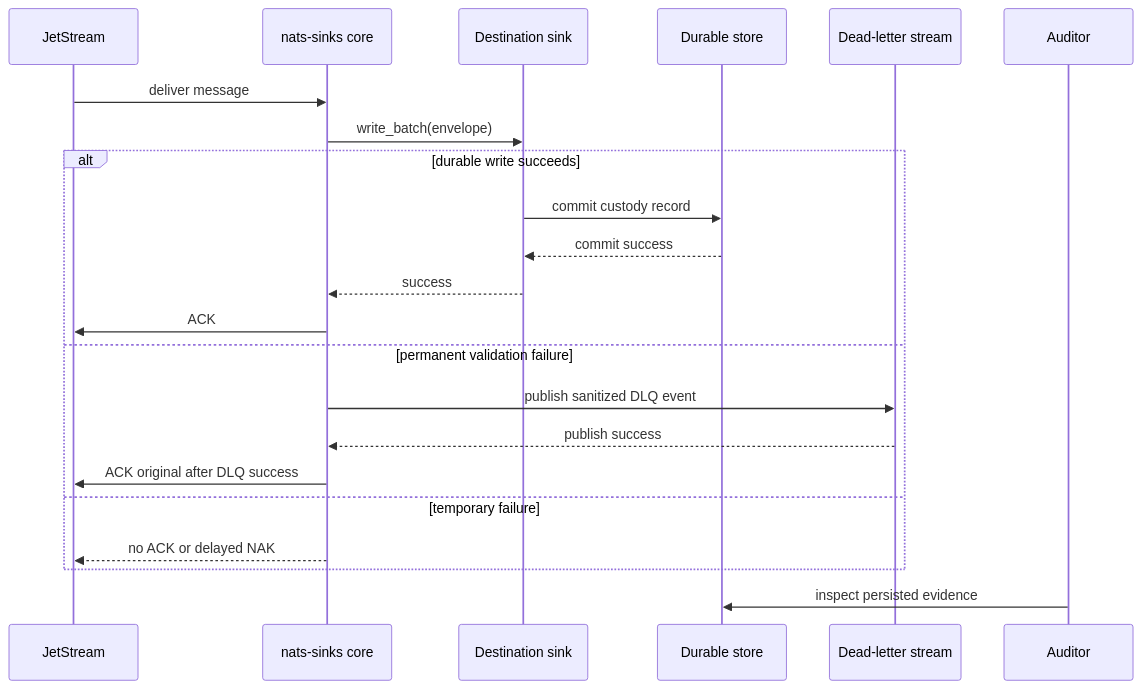
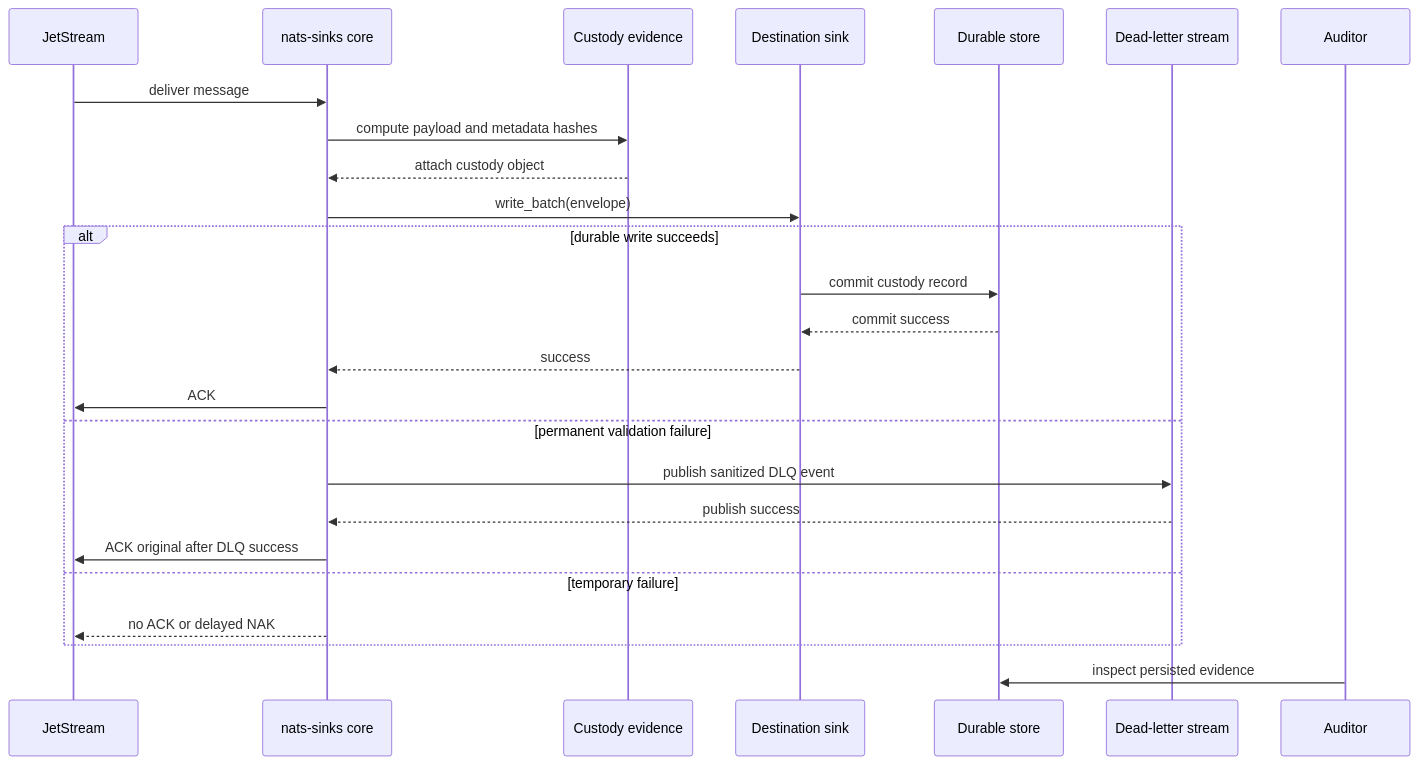
Before and after one commit to ProjectCuillin/nats-sinks: the diagram in docs/use-cases/defence/chain-of-custody.md, drawn with Mermaid. The commit also changed other lines of this file and 31 other files, not shown here.

Commit message:
Add tamper-evident custody metadata

````diff
--- a/docs/use-cases/defence/chain-of-custody.md
+++ b/docs/use-cases/defence/chain-of-custody.md
@@ -13,25 +13,28 @@
 ```mermaid
 sequenceDiagram
     participant JS as JetStream
     participant Core as nats-sinks core
+    participant Custody as Custody evidence
     participant Sink as Destination sink
     participant Store as Durable store
     participant DLQ as Dead-letter stream
     participant Auditor as Auditor
 
     JS->>Core: deliver message
+    Core->>Custody: compute payload and metadata hashes
+    Custody-->>Core: attach custody object
     Core->>Sink: write_batch(envelope)
     alt durable write succeeds
         Sink->>Store: commit custody record
         Store-->>Sink: commit success
         Sink-->>Core: success
         Core->>JS: ACK
     else permanent validation failure
         Core->>DLQ: publish sanitized DLQ event
         DLQ-->>Core: publish success
         Core->>JS: ACK original after DLQ success
     else temporary failure
         Core-->>JS: no ACK or delayed NAK
     end
     Auditor->>Store: inspect persisted evidence
 ```
````
